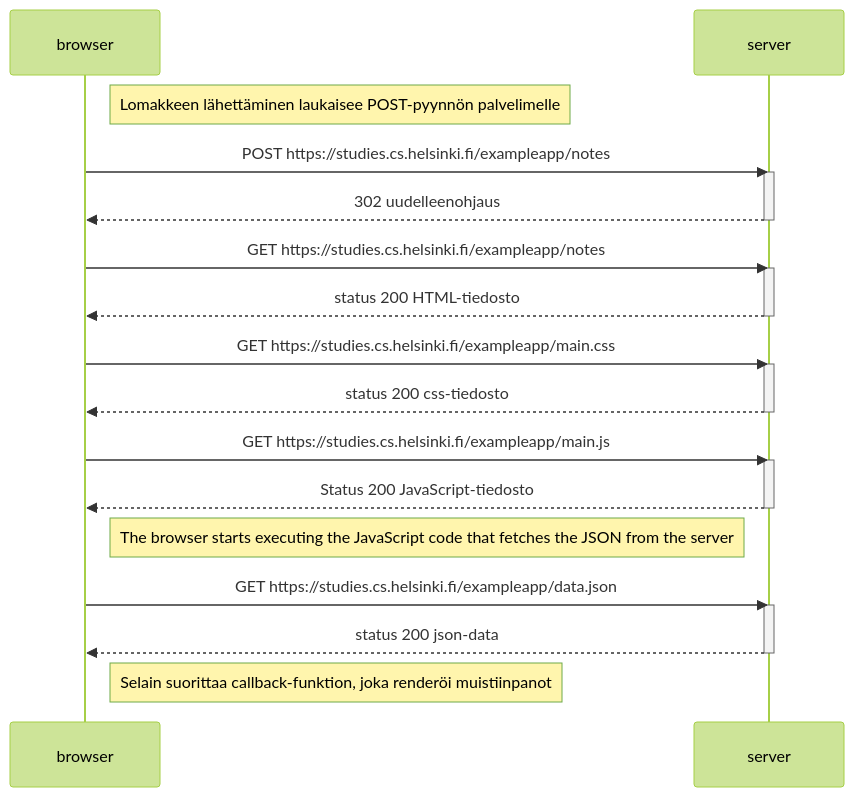
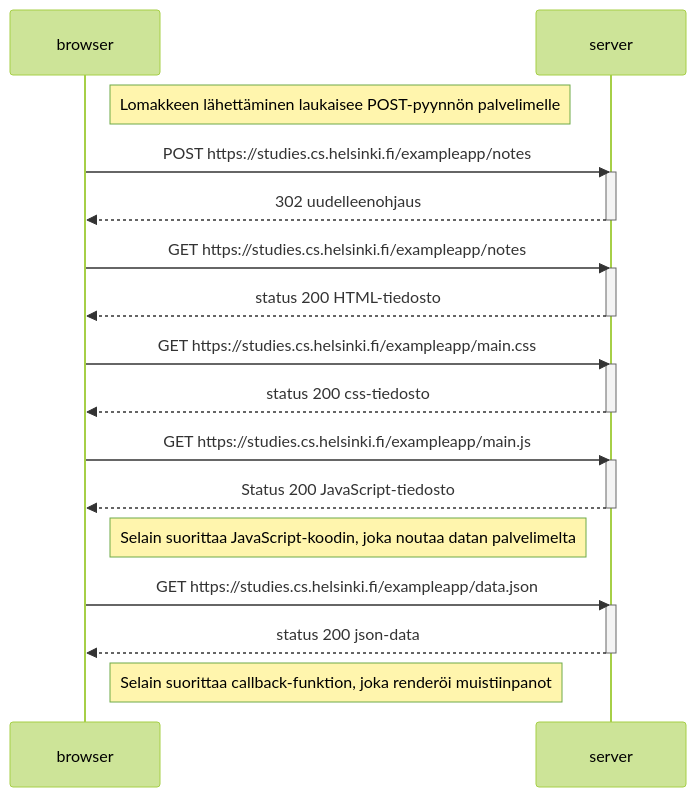
One commit to kalle-jyu/fullstackopen changed the diagram in osa0/osa0.4.md. Above: the diagram before and after it, drawn with Mermaid (forest theme).

Commit message:
Kommentit suomeksi.

````diff
--- a/osa0/osa0.4.md
+++ b/osa0/osa0.4.md
@@ -1,36 +1,36 @@
 ```mermaid
 sequenceDiagram
     participant browser
     participant server
     Note right of browser: Lomakkeen lähettäminen laukaisee POST-pyynnön palvelimelle
 
     browser->>server: POST https://studies.cs.helsinki.fi/exampleapp/notes
 
     activate server
     server-->>browser: 302 uudelleenohjaus
     deactivate server
 
     browser->>server: GET https://studies.cs.helsinki.fi/exampleapp/notes
     activate server
     server-->>browser: status 200 HTML-tiedosto
     deactivate server
 
     browser->>server: GET https://studies.cs.helsinki.fi/exampleapp/main.css
     activate server
     server-->>browser: status 200 css-tiedosto
     deactivate server
     
     browser->>server: GET https://studies.cs.helsinki.fi/exampleapp/main.js
     activate server
     server-->>browser: Status 200 JavaScript-tiedosto
     deactivate server
     
-    Note right of browser: The browser starts executing the JavaScript code that fetches the JSON from the server
+    Note right of browser: Selain suorittaa JavaScript-koodin, joka noutaa datan palvelimelta
     
     browser->>server: GET https://studies.cs.helsinki.fi/exampleapp/data.json
     activate server
     server-->>browser: status 200 json-data 
     deactivate server    
 
     Note right of browser: Selain suorittaa callback-funktion, joka renderöi muistiinpanot
 ```
````
